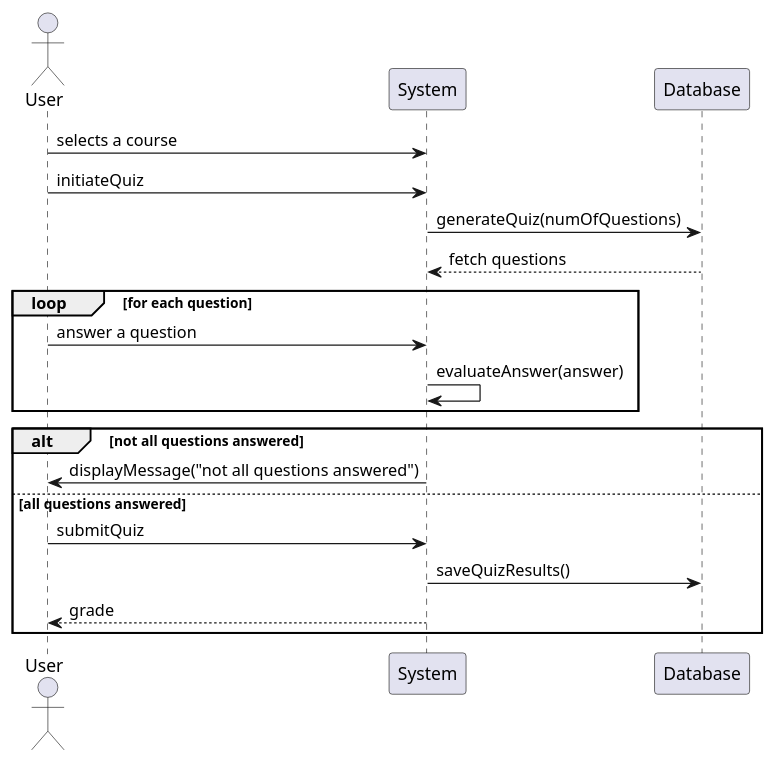
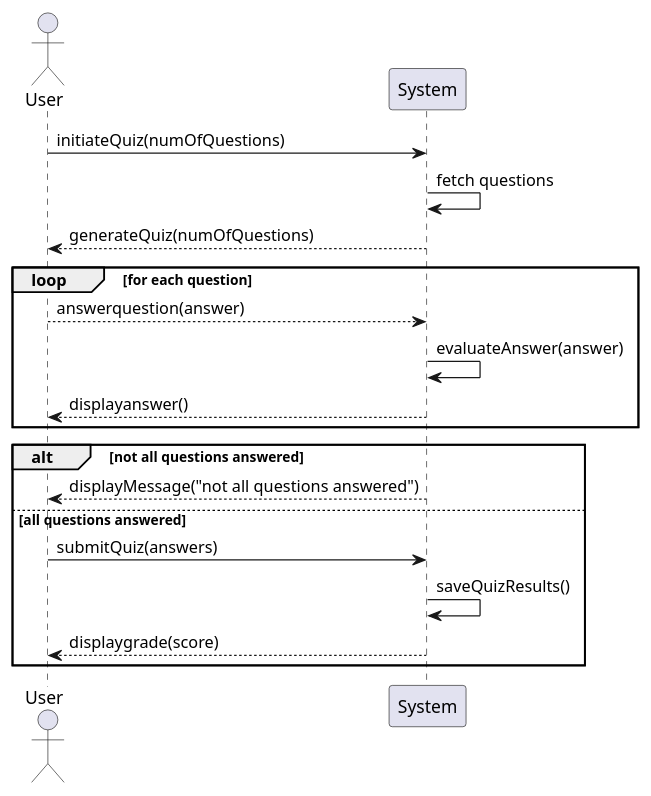
The diagram in documentation/design/system_sequence_diagram_1.puml (Noureqo1/Banana-brain-learning), drawn with PlantUML before and after one commit. The commit also changed other lines of this file and 10 other files, not shown here.

```diff
--- a/documentation/design/system_sequence_diagram_1.puml
+++ b/documentation/design/system_sequence_diagram_1.puml
@@ -1,23 +2,22 @@
 @startuml
 actor User
 participant System
-participant Database
 
-User -> System: selects a course
-User -> System: initiateQuiz
-System -> Database: generateQuiz(numOfQuestions)
-Database --> System: fetch questions
+User -> System: initiateQuiz(numOfQuestions)
+System -> System: fetch questions
+System --> User: generateQuiz(numOfQuestions)
 
 loop for each question
-    User -> System: answer a question
+    User --> System: answerquestion(answer)
     System -> System: evaluateAnswer(answer)
+    System --> User: displayanswer()
 end
 
 alt not all questions answered
-    System -> User: displayMessage("not all questions answered")
+    System --> User: displayMessage("not all questions answered")
 else all questions answered
-    User -> System: submitQuiz
-    System -> Database: saveQuizResults()
-    System --> User: grade
+    User -> System: submitQuiz(answers)
+    System -> System: saveQuizResults()
+    System --> User: displaygrade(score)
 end
 @enduml
```
